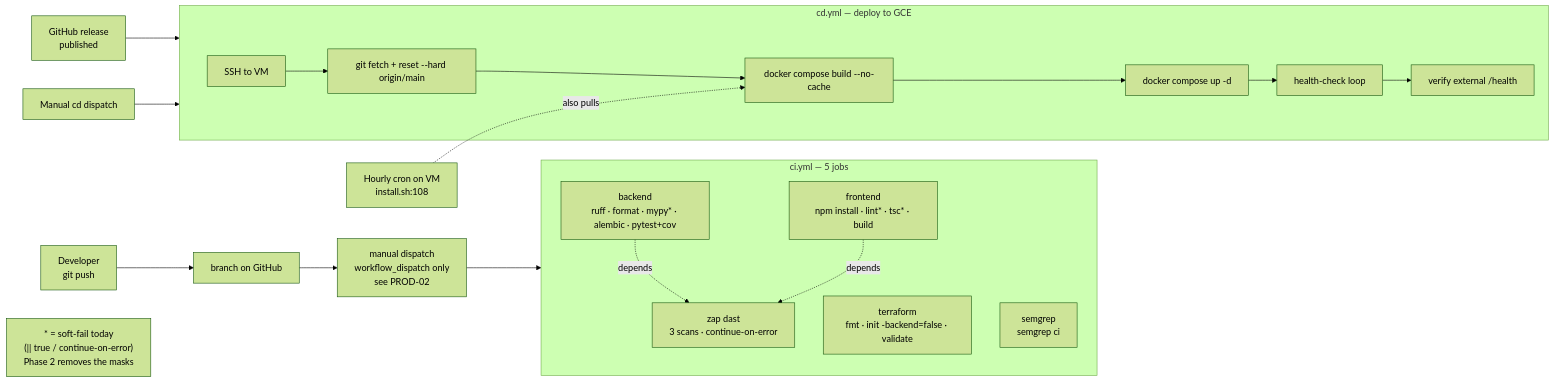
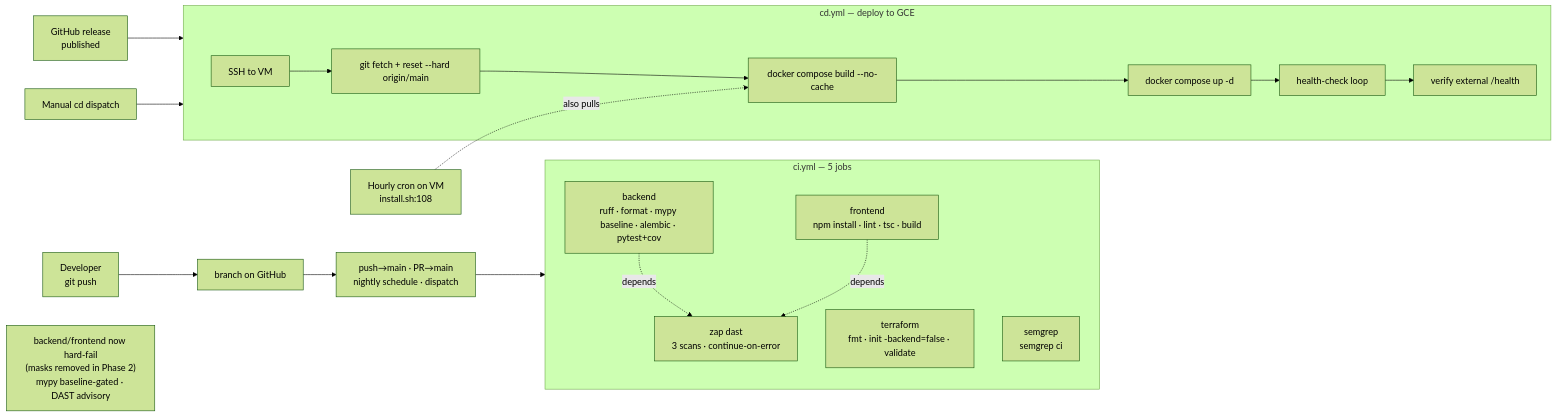
Before and after one commit to Cyber-Solutions-MD/getvul: the diagram in docs/12-pipelines-cicd.md, drawn with Mermaid (forest theme). The commit also changed other lines of this file and 1 other file, not shown here.

````diff
--- a/docs/12-pipelines-cicd.md
+++ b/docs/12-pipelines-cicd.md
@@ -7,32 +7,32 @@
 ```mermaid
 flowchart LR
     DEV[Developer<br/>git push] --> BR[branch on GitHub]
-    BR --> WD[manual dispatch<br/>workflow_dispatch only<br/>see PROD-02]
+    BR --> WD[push→main · PR→main<br/>nightly schedule · dispatch]
     WD --> CI
 
     subgraph CI [ci.yml — 5 jobs]
-        BE[backend<br/>ruff · format · mypy* · alembic · pytest+cov]
-        FE[frontend<br/>npm install · lint* · tsc* · build]
+        BE[backend<br/>ruff · format · mypy baseline · alembic · pytest+cov]
+        FE[frontend<br/>npm install · lint · tsc · build]
         TF[terraform<br/>fmt · init -backend=false · validate]
         SAST[semgrep<br/>semgrep ci]
         DAST[zap dast<br/>3 scans · continue-on-error]
         BE & FE -.depends.-> DAST
     end
 
     REL[GitHub release<br/>published] --> CD
     MANUAL[Manual cd dispatch] --> CD
 
     subgraph CD [cd.yml — deploy to GCE]
         SSH[SSH to VM]
         PULL[git fetch + reset --hard origin/main]
         BUILD[docker compose build --no-cache]
         UP[docker compose up -d]
         HC[health-check loop]
         VER[verify external /health]
         SSH --> PULL --> BUILD --> UP --> HC --> VER
     end
 
     CRON[Hourly cron on VM<br/>install.sh:108] -.also pulls.-> BUILD
 
-    note["* = soft-fail today<br/>(|| true / continue-on-error)<br/>Phase 2 removes the masks"]
+    note["backend/frontend now hard-fail<br/>(masks removed in Phase 2)<br/>mypy baseline-gated · DAST advisory"]
 ```
````
